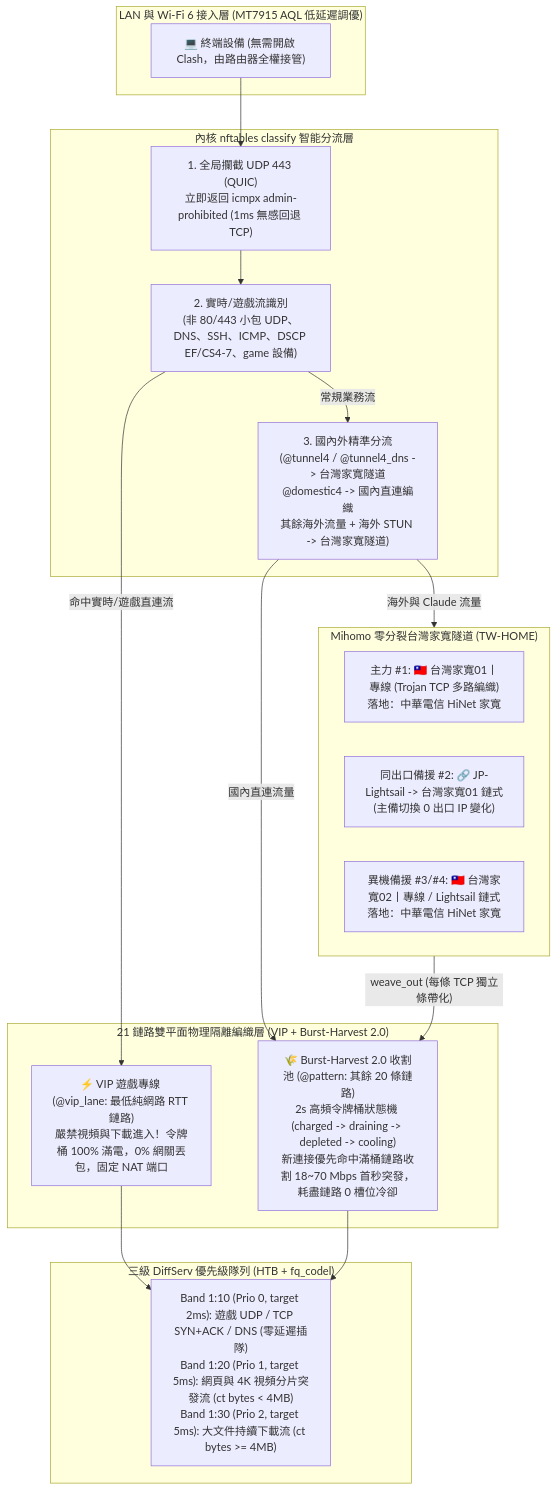
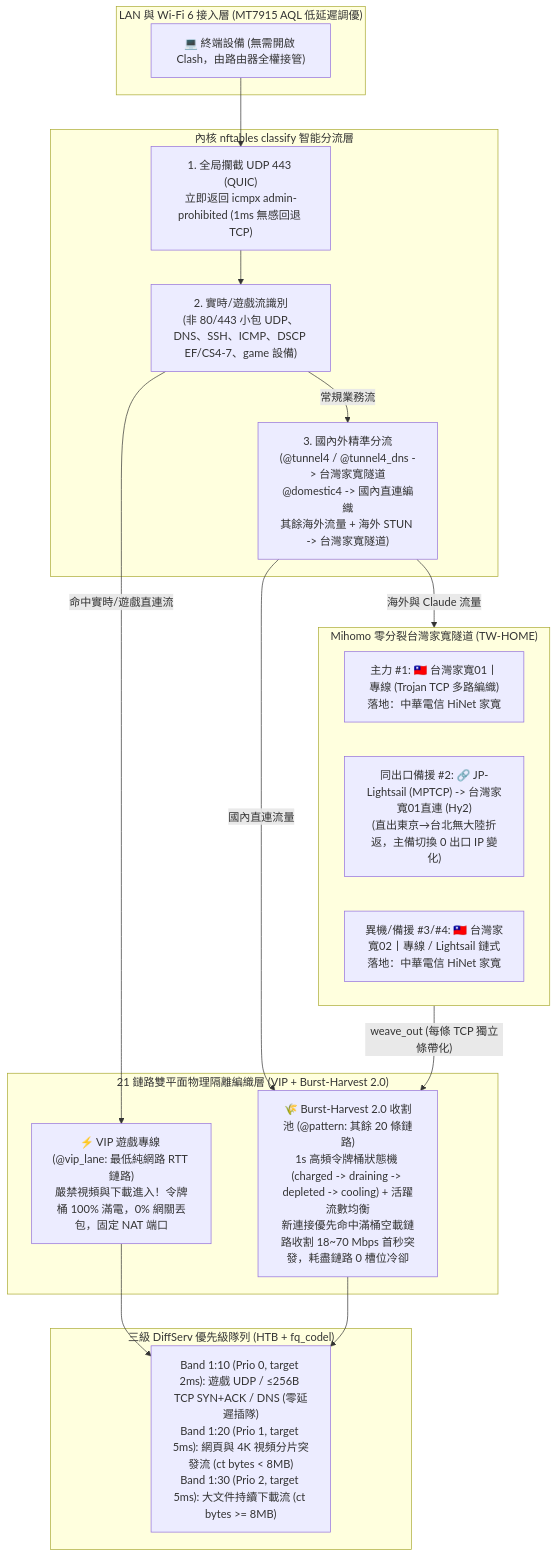
Before and after one commit to Chth1z/FuckWeb: the first of 2 diagrams in README.md, drawn with Mermaid. The commit also changed 13 other files, not shown here.

Commit message:
refactor(backend,docs): eliminate ICMP loss oscillation, isolate VIP/MPTCP, fix TW-HOME chain & DoH, and align docs

````diff
--- a/README.md
+++ b/README.md
@@ -16,35 +16,35 @@
 ```mermaid
 flowchart TB
     subgraph ClientLayer["LAN 與 Wi-Fi 6 接入層 (MT7915 AQL 低延遲調優)"]
         PC["💻 終端設備 (無需開啟 Clash，由路由器全權接管)"]
     end
 
     subgraph ClassifyLayer["內核 nftables classify 智能分流層"]
         QReject["1. 全局攔截 UDP 443 (QUIC)<br/>立即返回 icmpx admin-prohibited (1ms 無感回退 TCP)"]
         GameCheck["2. 實時/遊戲流識別<br/>(非 80/443 小包 UDP、DNS、SSH、ICMP、DSCP EF/CS4-7、game 設備)"]
         SplitCheck["3. 國內外精準分流<br/>(@tunnel4 / @tunnel4_dns -> 台灣家寬隧道<br/>@domestic4 -> 國內直連編織<br/>其餘海外流量 + 海外 STUN -> 台灣家寬隧道)"]
     end
 
     subgraph ProxyLayer["Mihomo 零分裂台灣家寬隧道 (TW-HOME)"]
         TW1["主力 #1: 🇹🇼 台灣家寬01丨專線 (Trojan TCP 多路編織)<br/>落地：中華電信 HiNet 家寬"]
-        TW1_Chain["同出口備援 #2: 🔗 JP-Lightsail -> 台灣家寬01 鏈式<br/>(主備切換 0 出口 IP 變化)"]
-        TW2["異機備援 #3/#4: 🇹🇼 台灣家寬02丨專線 / Lightsail 鏈式<br/>落地：中華電信 HiNet 家寬"]
+        TW1_Chain["同出口備援 #2: 🔗 JP-Lightsail (MPTCP) -> 台灣家寬01直連 (Hy2)<br/>(直出東京→台北無大陸折返，主備切換 0 出口 IP 變化)"]
+        TW2["異機/備援 #3/#4: 🇹🇼 台灣家寬02丨專線 / Lightsail 鏈式<br/>落地：中華電信 HiNet 家寬"]
     end
 
     subgraph WeaveLayer["21 鏈路雙平面物理隔離編織層 (VIP + Burst-Harvest 2.0)"]
         VIPLane["⚡ VIP 遊戲專線 (@vip_lane: 最低純網路 RTT 鏈路)<br/>嚴禁視頻與下載進入！令牌桶 100% 滿電，0% 網關丟包，固定 NAT 端口"]
-        HarvestPool["🌾 Burst-Harvest 2.0 收割池 (@pattern: 其餘 20 條鏈路)<br/>2s 高頻令牌桶狀態機 (charged -> draining -> depleted -> cooling)<br/>新連接優先命中滿桶鏈路收割 18~70 Mbps 首秒突發，耗盡鏈路 0 槽位冷卻"]
+        HarvestPool["🌾 Burst-Harvest 2.0 收割池 (@pattern: 其餘 20 條鏈路)<br/>1s 高頻令牌桶狀態機 (charged -> draining -> depleted -> cooling) + 活躍流數均衡<br/>新連接優先命中滿桶空載鏈路收割 18~70 Mbps 首秒突發，耗盡鏈路 0 槽位冷卻"]
     end
 
     subgraph QoSLayer["三級 DiffServ 優先級隊列 (HTB + fq_codel)"]
-        QoS["Band 1:10 (Prio 0, target 2ms): 遊戲 UDP / TCP SYN+ACK / DNS (零延遲插隊)<br/>Band 1:20 (Prio 1, target 5ms): 網頁與 4K 視頻分片突發流 (ct bytes < 4MB)<br/>Band 1:30 (Prio 2, target 5ms): 大文件持續下載流 (ct bytes >= 4MB)"]
+        QoS["Band 1:10 (Prio 0, target 2ms): 遊戲 UDP / ≤256B TCP SYN+ACK / DNS (零延遲插隊)<br/>Band 1:20 (Prio 1, target 5ms): 網頁與 4K 視頻分片突發流 (ct bytes < 8MB)<br/>Band 1:30 (Prio 2, target 5ms): 大文件持續下載流 (ct bytes >= 8MB)"]
     end
 
     PC --> QReject --> GameCheck
     GameCheck -->|"命中實時/遊戲直連流"| VIPLane
     GameCheck -->|"常規業務流"| SplitCheck
     SplitCheck -->|"海外與 Claude 流量"| ProxyLayer -->|"weave_out (每條 TCP 獨立條帶化)"| HarvestPool
     SplitCheck -->|"國內直連流量"| HarvestPool
     VIPLane --> QoS
     HarvestPool --> QoS
 ```
````
